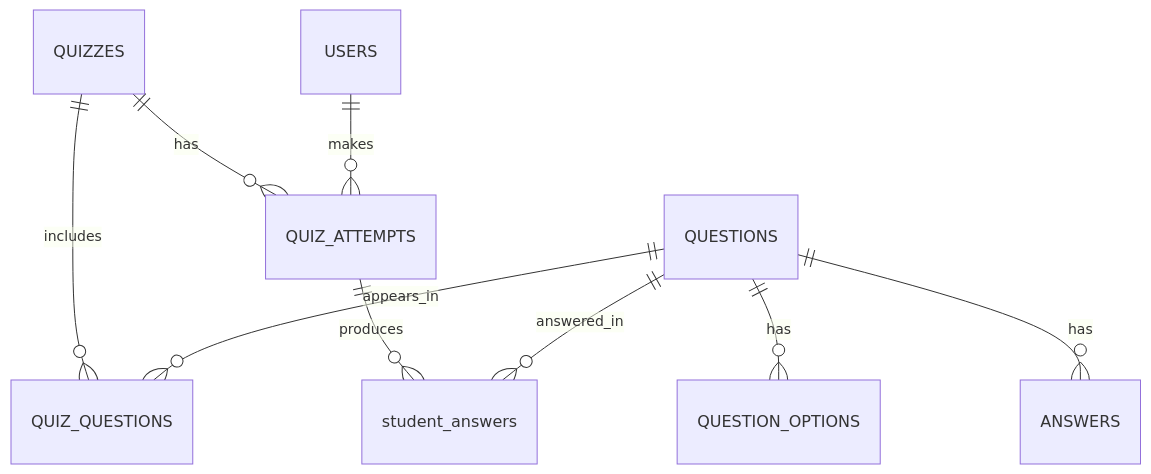
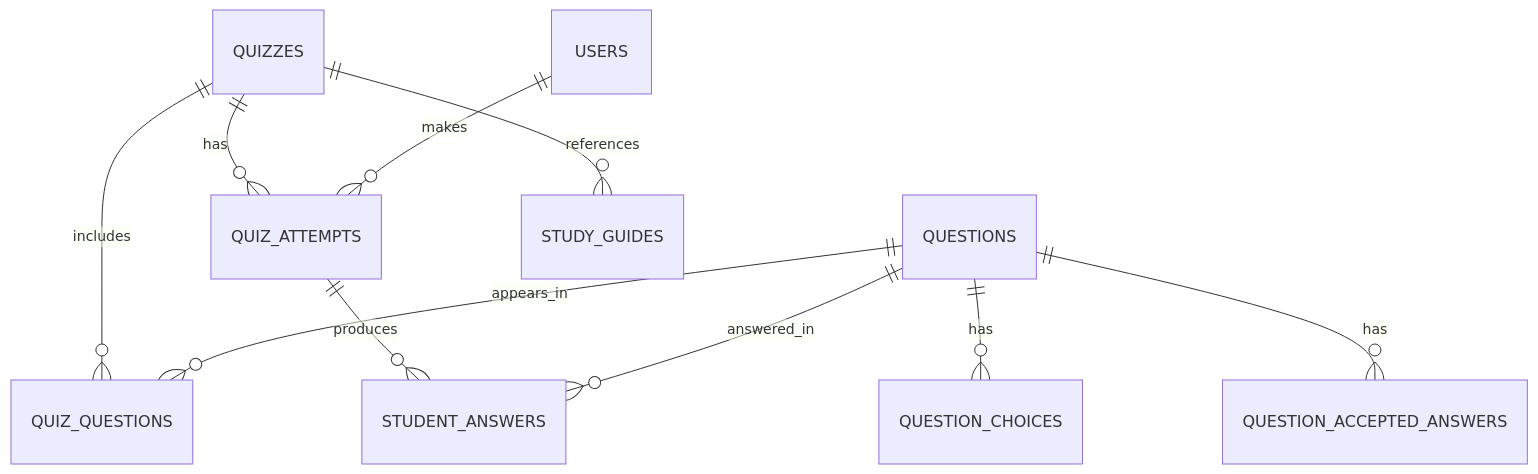
Before and after one commit to AryehRotberg/english-student-system: the first of 4 diagrams in README.md, drawn with Mermaid. The commit also changed other lines of this file and 159 other files, not shown here.

````diff
--- a/README.md
+++ b/README.md
@@ -109,14 +80,15 @@
 ```mermaid
 erDiagram
     QUIZZES ||--o{ QUIZ_QUESTIONS : includes
     QUESTIONS ||--o{ QUIZ_QUESTIONS : appears_in
+    QUESTIONS ||--o{ QUESTION_CHOICES : has
+    QUESTIONS ||--o{ QUESTION_ACCEPTED_ANSWERS : has
 
     QUIZZES ||--o{ QUIZ_ATTEMPTS : has
     USERS ||--o{ QUIZ_ATTEMPTS : makes
 
-    QUIZ_ATTEMPTS ||--o{ student_answers : produces
-    QUESTIONS ||--o{ student_answers : answered_in
+    QUIZ_ATTEMPTS ||--o{ STUDENT_ANSWERS : produces
+    QUESTIONS ||--o{ STUDENT_ANSWERS : answered_in
 
-    QUESTIONS ||--o{ QUESTION_OPTIONS : has
-    QUESTIONS ||--o{ ANSWERS : has
+    QUIZZES ||--o{ STUDY_GUIDES : references
 ```
````
